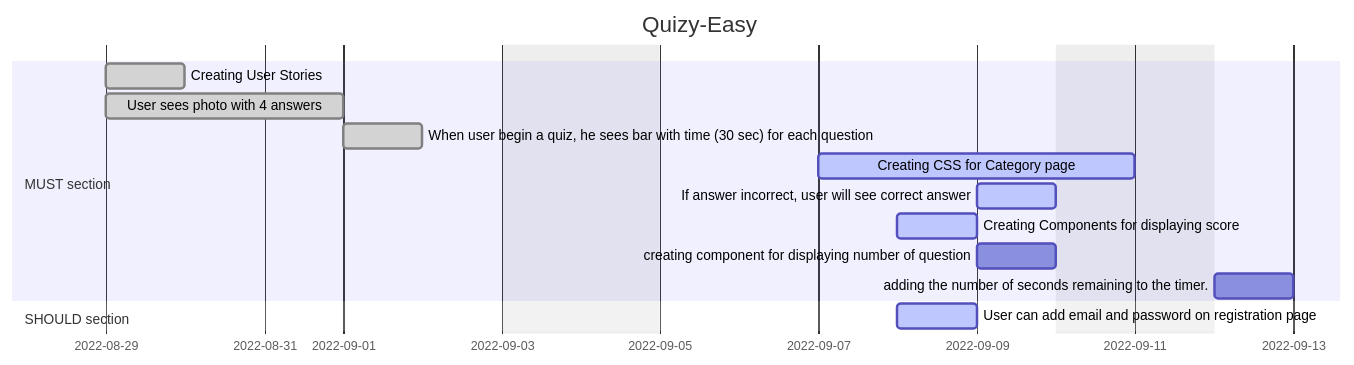
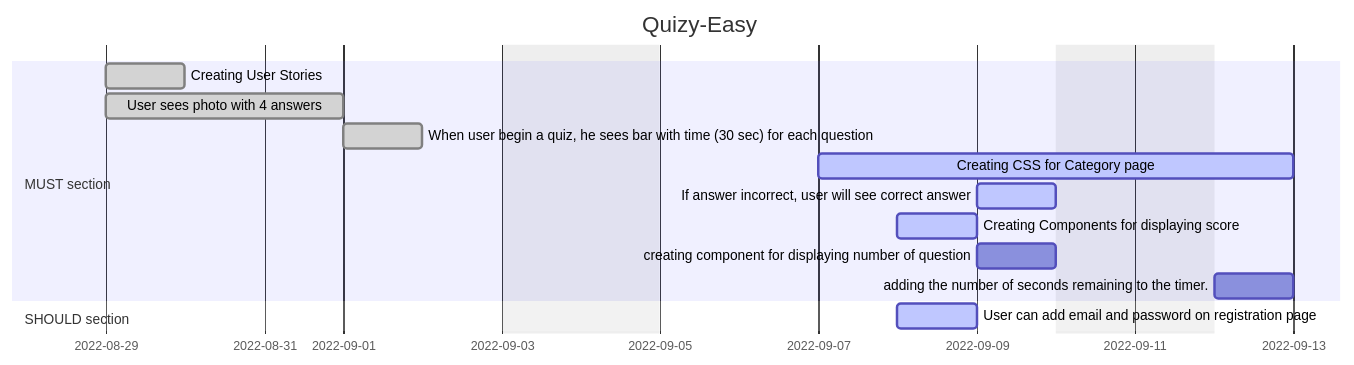
The diagram in README.md (arkadiyshin/quizy-easy), drawn with Mermaid before and after one commit.

````diff
--- a/README.md
+++ b/README.md
@@ -1,23 +1,23 @@
 ```mermaid
 
 gantt
 dateFormat  YYYY-MM-DD
 title Quizy-Easy
-excludes weekdays 2022-09-03,2022-09-04,2022-09-10,2022-09-11
+excludes weekdays 2022-09-03,2022-09-04,2022-09-10,2022-09-11,2022-09-17,2022-09-18
 
 section MUST section
 Creating User Stories                                 :done,    des01, 2022-08-29, 1d
 User sees photo with 4 answers                        :done,    des02, 2022-08-29, 3d
 
 When user begin a quiz, he sees bar with time (30 sec) for each question                  :done,    des03, 2022-09-01, 1d
-Creating CSS for Category page                        :active,  des3, 2022-09-07, 2022-09-11
+Creating CSS for Category page                        :active,  des3, 2022-09-07, 4d
 
 If answer incorrect, user will see correct answer     :active,  des5, 2022-09-09, 1d
 Creating Components for displaying score              :active,  des6, 2022-09-08, 1d
 creating component for displaying number of question  :         des7, after des6, 1d
 adding the number of seconds remaining to the timer.  :         des8, after des7, 1d
 
 
 section SHOULD section
 User can add email and password on registration page  :active,  des4, 2022-09-08, 1d
 ```
````
